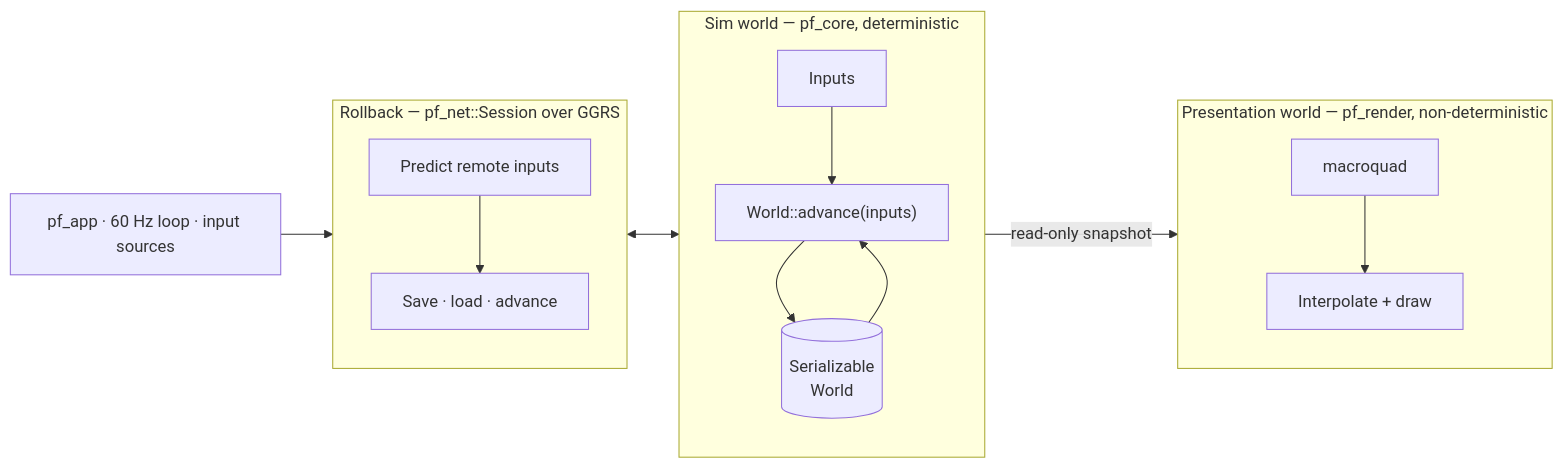
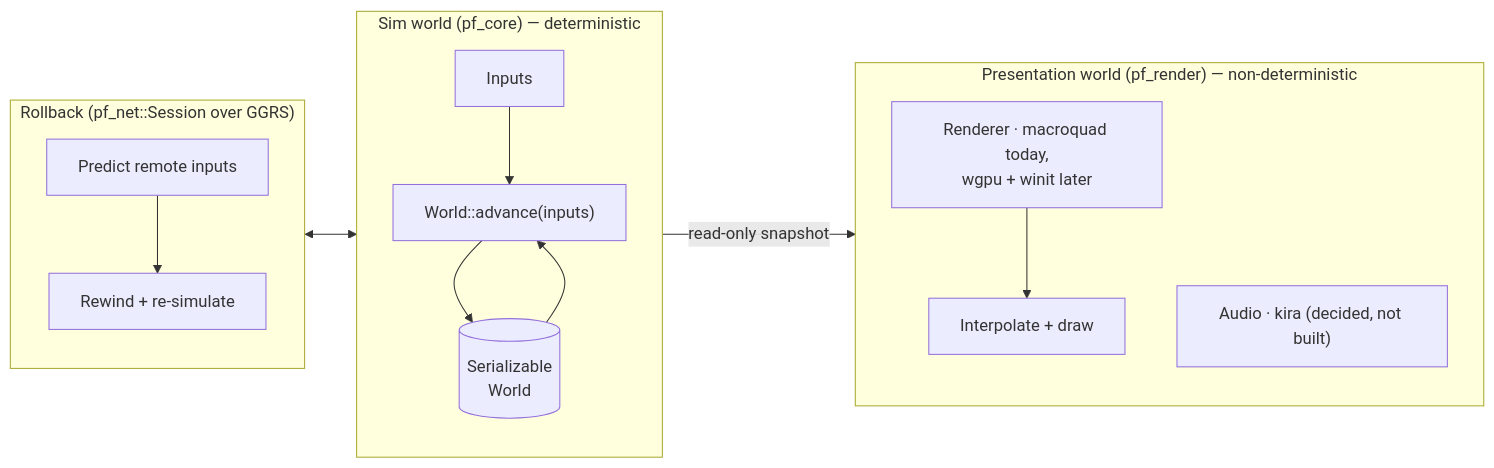
Before and after one commit to 3-Hz/pfengine: the diagram in docs-site/docs/architecture/overview.md, drawn with Mermaid. The commit also changed other lines of this file and 7 other files, not shown here.

````diff
--- a/docs-site/docs/architecture/overview.md
+++ b/docs-site/docs/architecture/overview.md
@@ -11,20 +12,20 @@
 ```mermaid
 flowchart LR
-  subgraph SIM["Sim world — pf_core, deterministic"]
+  subgraph SIM["Sim world (pf_core) — deterministic"]
     direction TB
     I[Inputs] --> U["World::advance(inputs)"]
     U --> S[(Serializable<br/>World)]
     S --> U
   end
-  subgraph NET["Rollback — pf_net::Session over GGRS"]
+  subgraph NET["Rollback (pf_net::Session over GGRS)"]
     direction TB
-    P[Predict remote inputs] --> RB[Save · load · advance]
+    P[Predict remote inputs] --> RB[Rewind + re-simulate]
   end
-  subgraph PRES["Presentation world — pf_render, non-deterministic"]
+  subgraph PRES["Presentation world (pf_render) — non-deterministic"]
     direction TB
-    R[macroquad] --> X[Interpolate + draw]
+    R["Renderer · macroquad today,<br/>wgpu + winit later"] --> X[Interpolate + draw]
+    A["Audio · kira (decided, not built)"]
   end
-  APP[pf_app · 60 Hz loop · input sources] --> NET
   NET <--> SIM
   SIM -->|read-only snapshot| PRES
 ```
````
